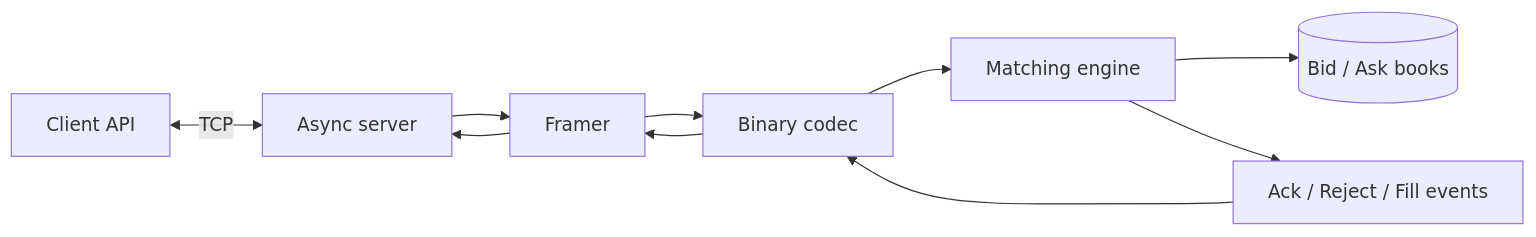
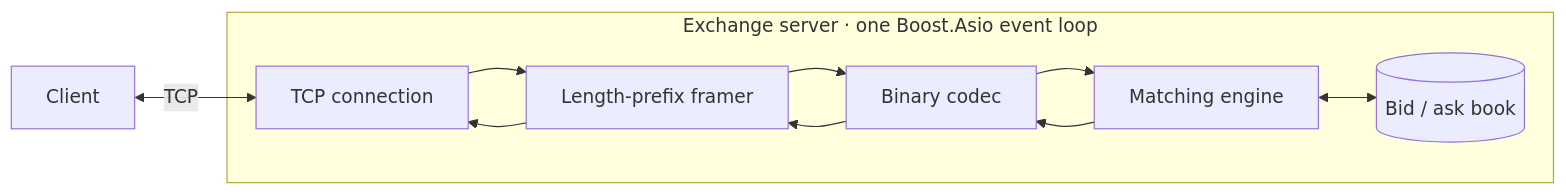
The diagram in README.md (reavaquant/exchange-disruptor), drawn with Mermaid before and after one commit. The commit also changed other lines of this file, not shown here.

````diff
--- a/README.md
+++ b/README.md
@@ -23,12 +25,18 @@
 ```mermaid
 flowchart LR
-    C[Client API] <-->|TCP| S[Async server]
-    S --> F[Framer]
-    F --> D[Binary codec]
-    D --> M[Matching engine]
-    M --> B[(Bid / Ask books)]
-    M --> E[Ack / Reject / Fill events]
-    E --> D
-    D --> F
-    F --> S
+    Client[Client]
+
+    subgraph Server[Exchange server · one Boost.Asio event loop]
+        TCP[TCP connection]
+        Framer[Length-prefix framer]
+        Codec[Binary codec]
+        Engine[Matching engine]
+        Book[(Bid / ask book)]
+
+        TCP --> Framer --> Codec --> Engine
+        Engine <--> Book
+        Engine --> Codec --> Framer --> TCP
+    end
+
+    Client <-->|TCP| TCP
 ```
````
